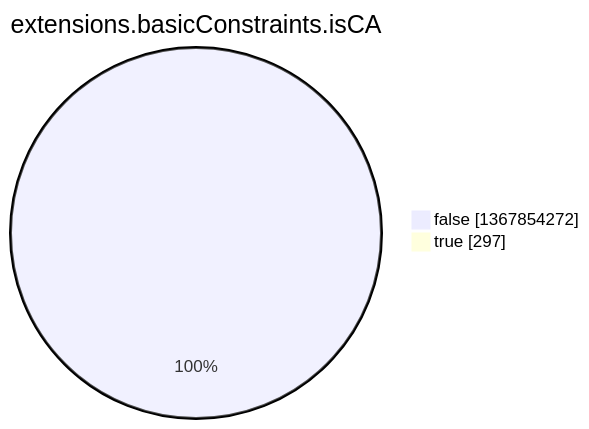
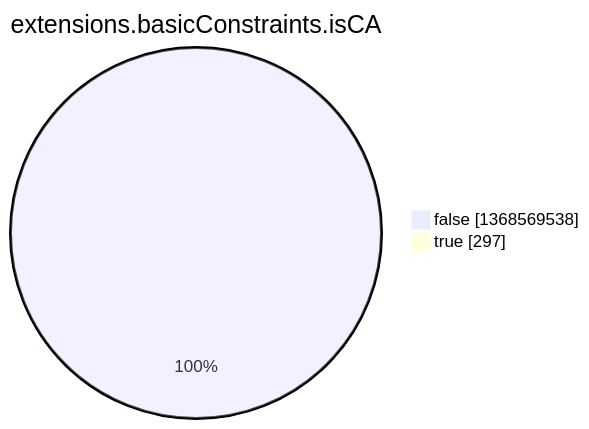
Before and after one commit to christiankrug/ctmonitor_visualization: the eighth of 15 diagrams in argon2022/README.md, drawn with Mermaid. The commit also changed other lines of this file, not shown here.

````diff
--- a/argon2022/README.md
+++ b/argon2022/README.md
@@ -2759,6 +2759,6 @@
 ```mermaid
 pie showData
 title extensions.basicConstraints.isCA
-"false" :1367854272
+"false" :1368569538
 "true" :297
 ```
````
